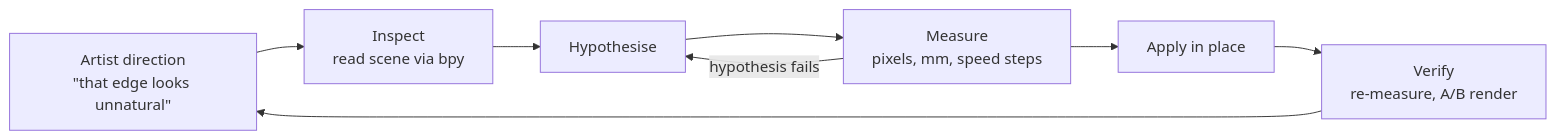
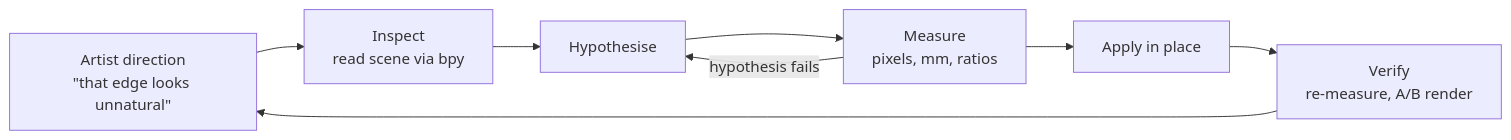
The diagram in src/content/work/vitrine.mdx (100BadReasons/portfolio), drawn with Mermaid before and after one commit. The commit also changed other lines of this file, not shown here.

````diff
--- a/src/content/work/vitrine.mdx
+++ b/src/content/work/vitrine.mdx
@@ -168,10 +163,10 @@
 ```mermaid
 flowchart LR
   A[Artist direction<br/>&quot;that edge looks unnatural&quot;] --> B[Inspect<br/>read scene via bpy]
   B --> C[Hypothesise]
-  C --> D[Measure<br/>pixels, mm, speed steps]
+  C --> D[Measure<br/>pixels, mm, ratios]
   D -->|hypothesis fails| C
   D --> E[Apply in place]
   E --> F[Verify<br/>re-measure, A/B render]
   F --> A
 ```
````
